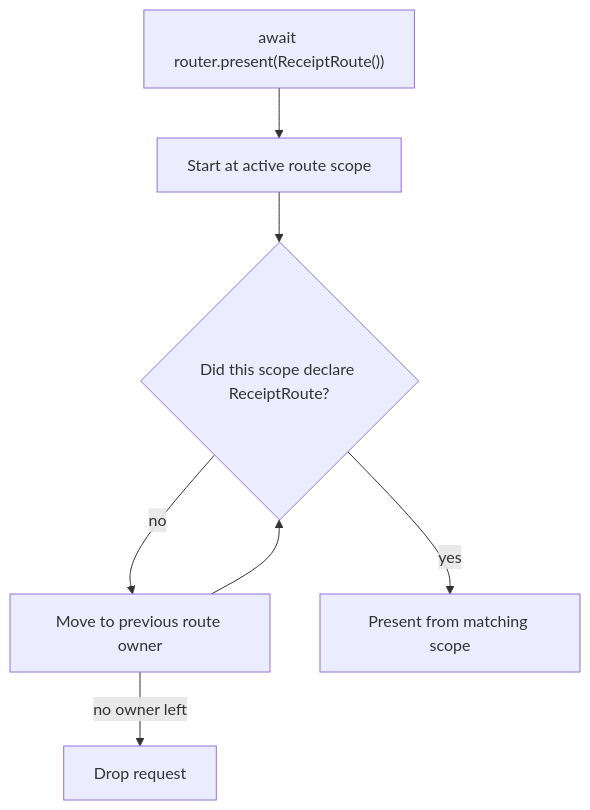
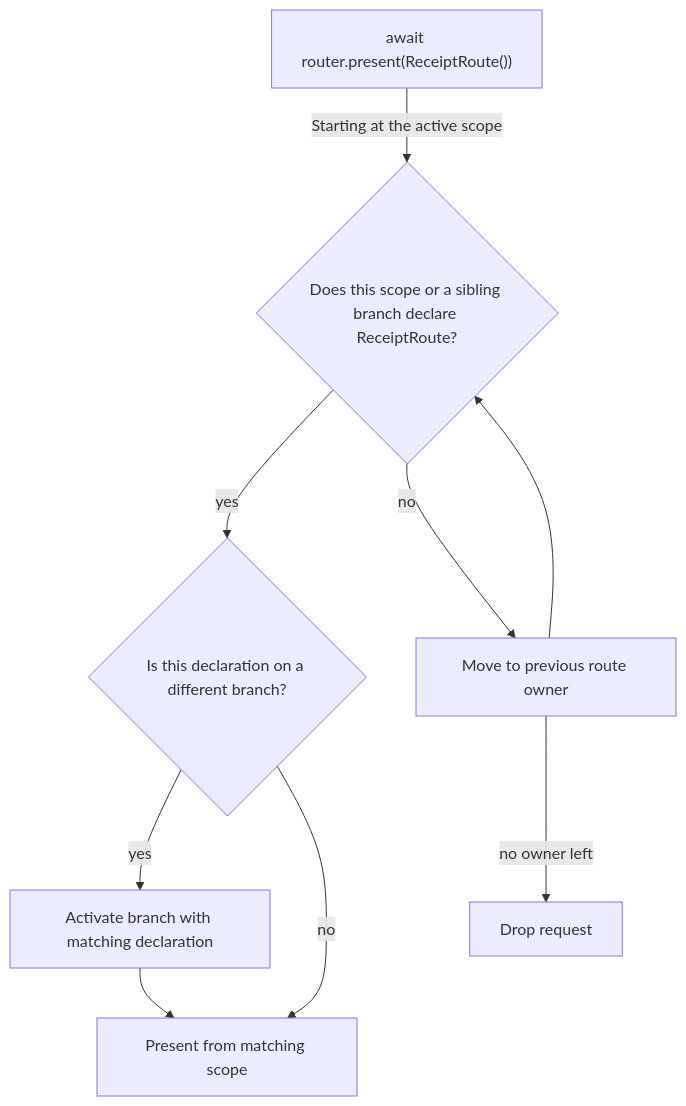
The first of 2 diagrams in README.md (mtzaquia/departure), drawn with Mermaid before and after one commit. The commit also changed other lines of this file, not shown here.

````diff
--- a/README.md
+++ b/README.md
@@ -115,14 +102,17 @@
 ```mermaid
 flowchart TD
     request["await router.present(ReceiptRoute())"]
-    active["Start at active route scope"]
-    owns{"Did this scope declare ReceiptRoute?"}
+    owns{"Does this scope or a sibling branch declare ReceiptRoute?"}
     previous["Move to previous route owner"]
+    branch{"Is this declaration on a different branch?"}
+    change["Activate branch with matching declaration"]
     present["Present from matching scope"]
     drop["Drop request"]
 
-    request --> active --> owns
-    owns -- yes --> present
+    request -- Starting at the active scope --> owns
+    owns -- yes --> branch
+    branch -- yes --> change --> present
+    branch -- no --> present
     owns -- no --> previous --> owns
     previous -- no owner left --> drop
 ```
````
